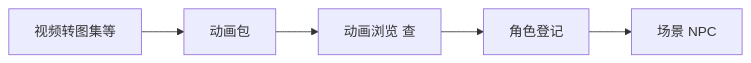
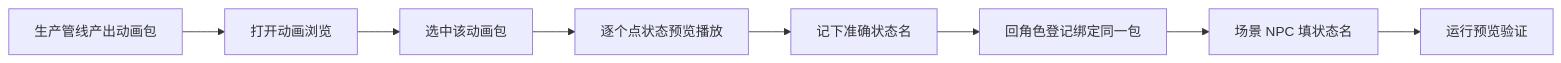
The diagram in docs/editors/panels/anim-browser.md (wubugui/GDoc), drawn with Mermaid before and after one commit. The commit also changed other lines of this file and 112 other files, not shown here.

````diff
--- a/docs/editors/panels/anim-browser.md
+++ b/docs/editors/panels/anim-browser.md
@@ -40,7 +29,10 @@
 ```mermaid
 flowchart LR
-  PROD[视频转图集等] --> PKG[动画包]
-  PKG --> BR[动画浏览 查]
-  BR --> REG[角色登记]
-  REG --> SC[场景 NPC]
+  A[生产管线产出动画包] --> B[打开动画浏览]
+  B --> C[选中该动画包]
+  C --> D[逐个点状态预览播放]
+  D --> E[记下准确状态名]
+  E --> F[回角色登记绑定同一包]
+  F --> G[场景 NPC 填状态名]
+  G --> H[运行预览验证]
 ```
````
